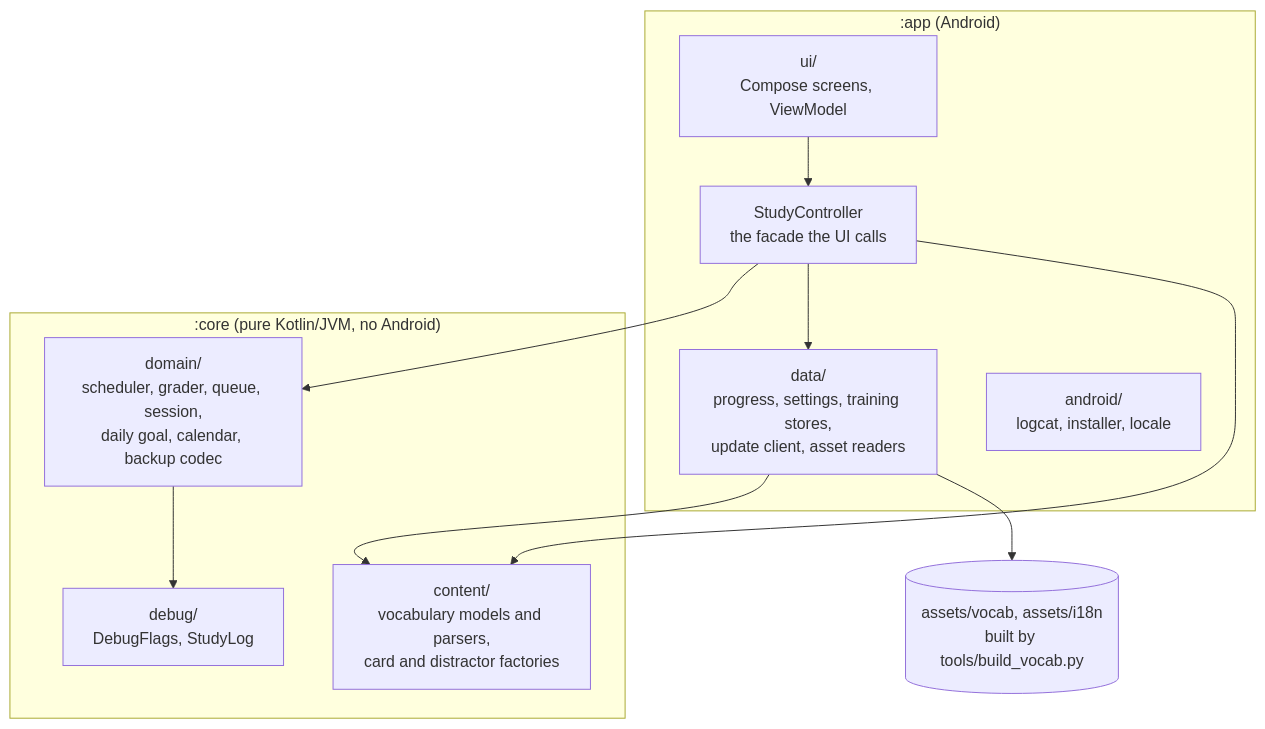
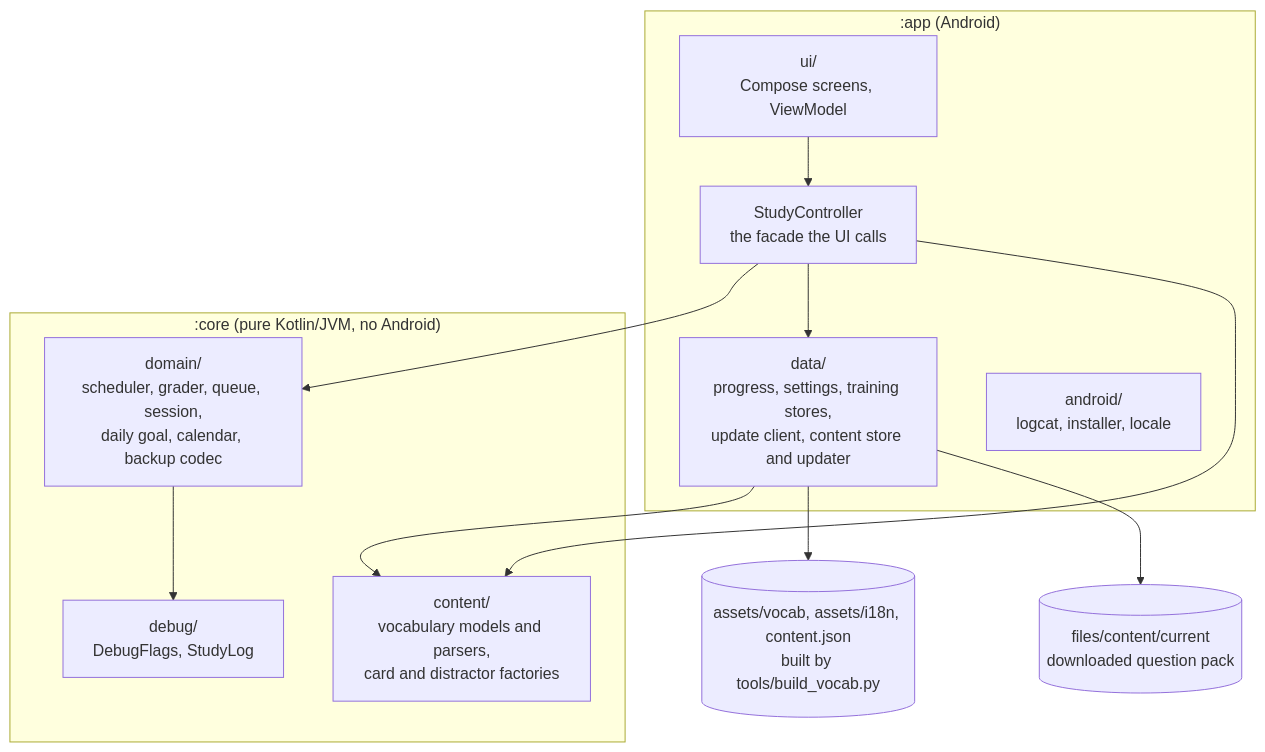
Before and after one commit to yujideluca/german-quiz: the second of 2 diagrams in DESIGN.md, drawn with Mermaid. The commit also changed other lines of this file and 31 other files, not shown here.

````diff
--- a/DESIGN.md
+++ b/DESIGN.md
@@ -61,21 +62,23 @@
 ```mermaid
 flowchart TB
     subgraph appmod[":app (Android)"]
         ui[ui/<br/>Compose screens, ViewModel]
         ctrl[StudyController<br/>the facade the UI calls]
-        data[data/<br/>progress, settings, training stores,<br/>update client, asset readers]
+        data[data/<br/>progress, settings, training stores,<br/>update client, content store and updater]
         android[android/<br/>logcat, installer, locale]
     end
     subgraph coremod[":core (pure Kotlin/JVM, no Android)"]
         domain[domain/<br/>scheduler, grader, queue, session,<br/>daily goal, calendar, backup codec]
         content[content/<br/>vocabulary models and parsers,<br/>card and distractor factories]
         debug[debug/<br/>DebugFlags, StudyLog]
     end
-    assets[(assets/vocab, assets/i18n<br/>built by tools/build_vocab.py)]
+    assets[(assets/vocab, assets/i18n, content.json<br/>built by tools/build_vocab.py)]
+    downloaded[(files/content/current<br/>downloaded question pack)]
     ui --> ctrl --> domain
     ctrl --> data
     data --> content
     data --> assets
+    data --> downloaded
     ctrl --> content
     domain --> debug
 ```
````
